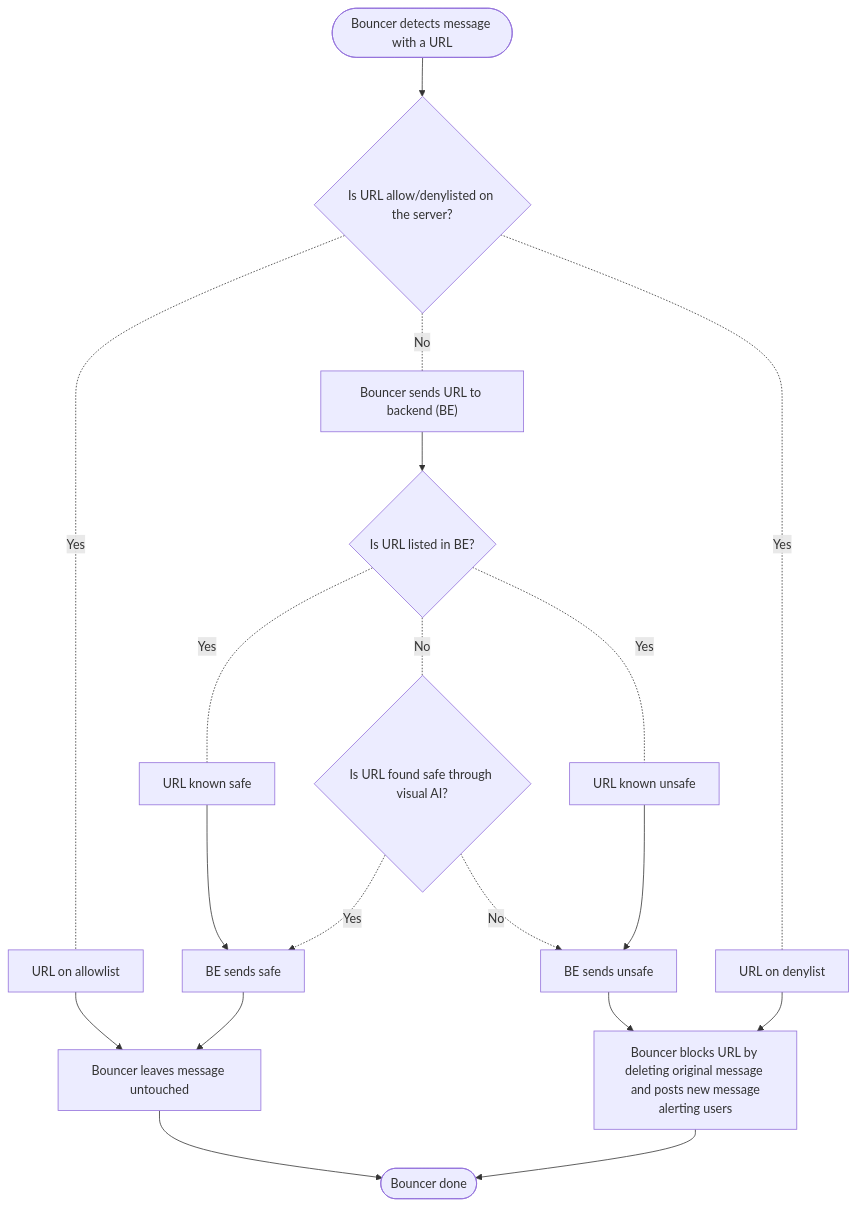
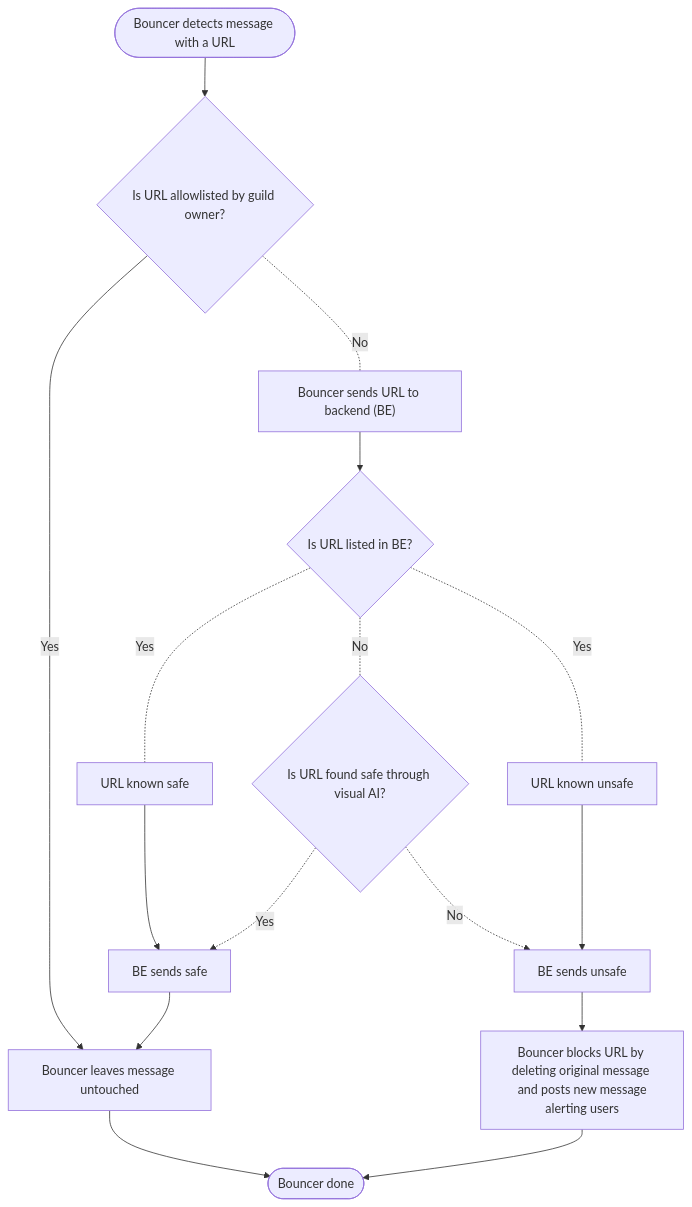
The diagram in README.md (interlock-network/interlock-bouncer-documentation), drawn with Mermaid before and after one commit.

Commit message:
In response to Dan's comment
let me know if this fixes everything so far. I am still learning about how to make it more visually easy to digest but this will have to do for now.

````diff
--- a/README.md
+++ b/README.md
@@ -55,21 +55,18 @@
 ```mermaid
 graph TD;
-A([Bouncer detects message with a URL]) --> B{Is URL allow/denylisted on the server?}
-B -.- |Yes|D[URL on allowlist]
-C --> E[Bouncer blocks URL by deleting original message <br> and posts new message alerting users]
+A([Bouncer detects message with a URL]) --> B{Is URL allowlisted by guild owner?}
+B --> |Yes|M[Bouncer leaves message untouched]
 B -.- |No|F["Bouncer sends URL to backend (BE)"]
-B -.- |Yes|C[URL on denylist]
 F --> P{Is URL listed in BE?}
 P -.- |Yes|G[URL known safe]
 P -.- |No|I{Is URL found safe through visual AI?}
 G --> J[BE sends safe]
 H --> K[BE sends unsafe]
 I -.-> |Yes|J[BE sends safe]
 I -.-> |No|K
 P -.- |Yes|H[URL known unsafe]
 J --> M[Bouncer leaves message untouched] 
 M --> O([Bouncer done])
-D --> M
 E --> O
-K --> E
+K --> E[Bouncer blocks URL by deleting original message <br> and posts new message alerting users]
 ```
````
